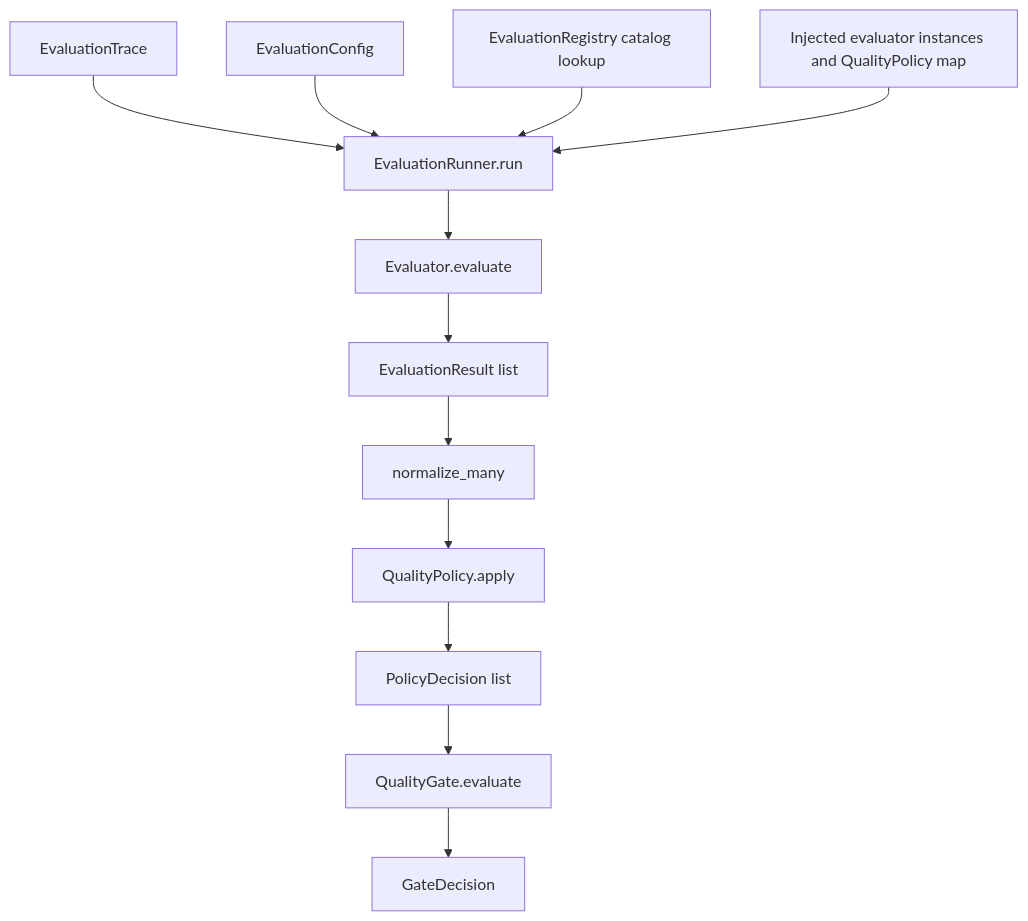
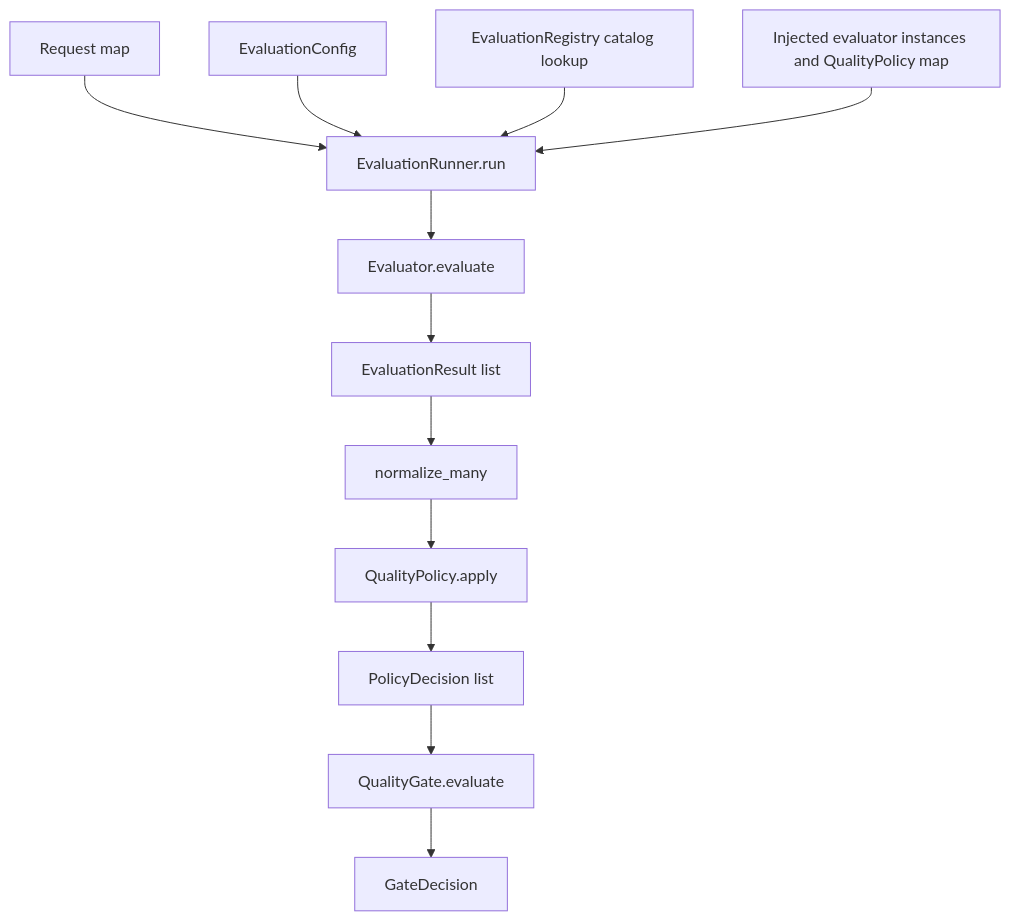
The diagram in README.md (atagare1/llm-rag-evaluation-ragas), drawn with Mermaid before and after one commit. The commit also changed other lines of this file and 121 other files, not shown here.

````diff
--- a/README.md
+++ b/README.md
@@ -115,14 +115,14 @@
 ```mermaid
 flowchart TD
-    T[EvaluationTrace] --> R[EvaluationRunner.run]
+    T[Request map] --> R[EvaluationRunner.run]
     C[EvaluationConfig] --> R
     Reg[EvaluationRegistry catalog lookup] --> R
     Inj[Injected evaluator instances and QualityPolicy map] --> R
     R --> E[Evaluator.evaluate]
     E --> F[EvaluationResult list]
     F --> G[normalize_many]
     G --> H[QualityPolicy.apply]
     H --> PD[PolicyDecision list]
     PD --> I[QualityGate.evaluate]
     I --> J[GateDecision]
 ```
````
